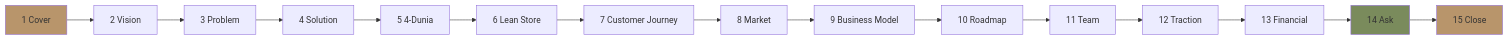
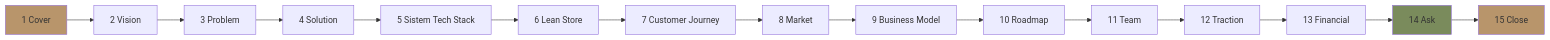
Before and after one commit to MahewAi/Mahew: the first of 3 diagrams in librechat-deploy/skills/atmaja/board-presentation.md, drawn with Mermaid. The commit also changed other lines of this file and 80 other files, not shown here.

````diff
--- a/librechat-deploy/skills/atmaja/board-presentation.md
+++ b/librechat-deploy/skills/atmaja/board-presentation.md
@@ -381,21 +381,21 @@
 ```mermaid
 flowchart LR
     A[1 Cover] --> B[2 Vision]
     B --> C[3 Problem]
     C --> D[4 Solution]
-    D --> E[5 4-Dunia]
+    D --> E[5 Sistem Tech Stack]
     E --> F[6 Lean Store]
     F --> G[7 Customer Journey]
     G --> H[8 Market]
     H --> I[9 Business Model]
     I --> J[10 Roadmap]
     J --> K[11 Team]
     K --> L[12 Traction]
     L --> M[13 Financial]
     M --> N[14 Ask]
     N --> O[15 Close]
     
     style A fill:#B8956B
     style N fill:#7A8B5C
     style O fill:#B8956B
 ```
````
